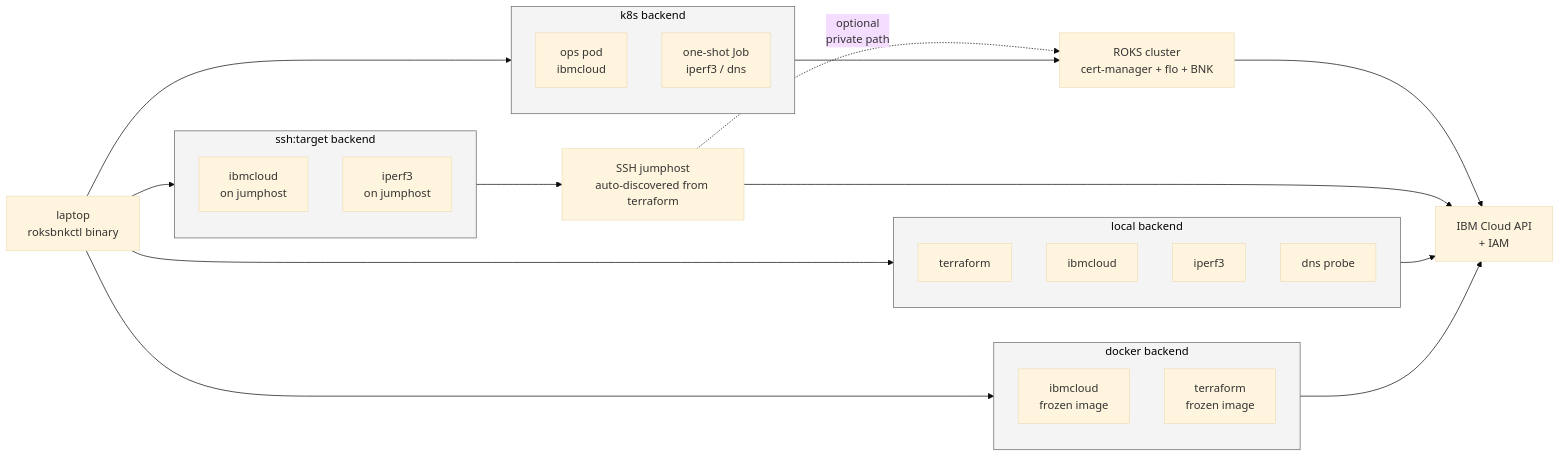
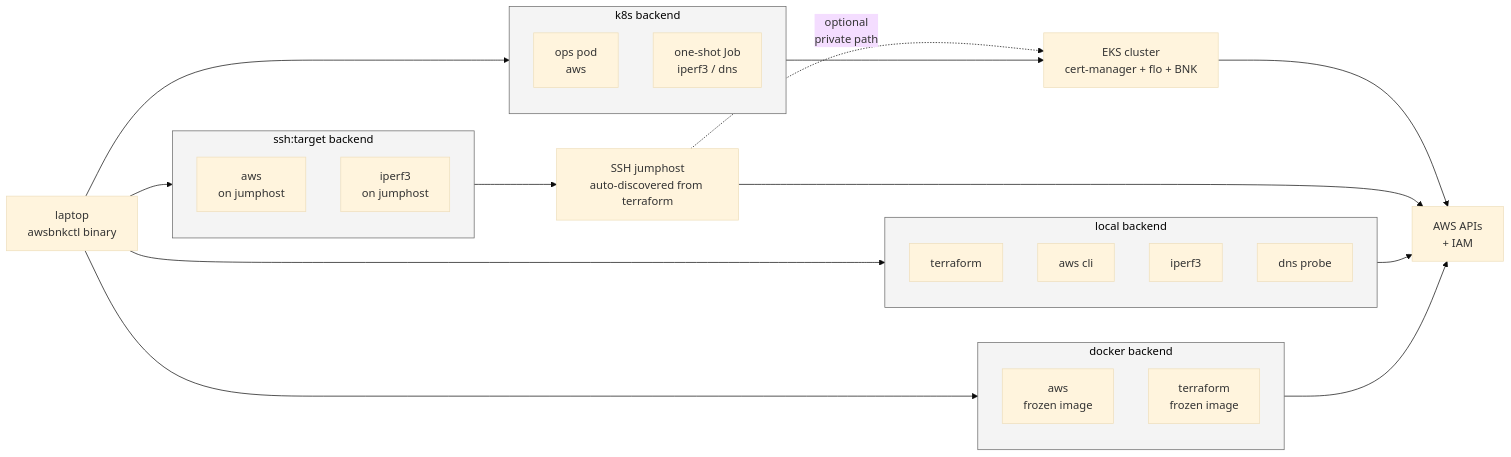
One commit to JLCode-tech/awsbnkctl changed the diagram in book/src/17-execution-backends.md. Above: the diagram before and after it, drawn with Mermaid (base theme). The commit also changed other lines of this file and 84 other files, not shown here.

````diff
--- a/book/src/17-execution-backends.md
+++ b/book/src/17-execution-backends.md
@@ -13,40 +13,40 @@
 ```mermaid
 graph LR
-    User[laptop<br/>roksbnkctl binary]
+    User[laptop<br/>awsbnkctl binary]
     subgraph local[local backend]
         L_tf[terraform]
-        L_ibm[ibmcloud]
+        L_aws[aws cli]
         L_iperf[iperf3]
         L_dns[dns probe]
     end
     subgraph docker[docker backend]
-        D_ibm[ibmcloud<br/>frozen image]
+        D_aws[aws<br/>frozen image]
         D_tf[terraform<br/>frozen image]
     end
     subgraph k8s[k8s backend]
-        K_ops[ops pod<br/>ibmcloud]
+        K_ops[ops pod<br/>aws]
         K_job[one-shot Job<br/>iperf3 / dns]
     end
     subgraph ssh[ssh:target backend]
-        S_ibm[ibmcloud<br/>on jumphost]
+        S_aws[aws<br/>on jumphost]
         S_iperf[iperf3<br/>on jumphost]
     end
-    Cluster[ROKS cluster<br/>cert-manager + flo + BNK]
+    Cluster[EKS cluster<br/>cert-manager + flo + BNK]
     Jump[SSH jumphost<br/>auto-discovered from terraform]
-    IBMAPI[IBM Cloud API<br/>+ IAM]
+    AWSAPI[AWS APIs<br/>+ IAM]
 
     User --> local
     User --> docker
     User --> k8s
     User --> ssh
-    local --> IBMAPI
-    docker --> IBMAPI
+    local --> AWSAPI
+    docker --> AWSAPI
     k8s --> Cluster
-    Cluster --> IBMAPI
+    Cluster --> AWSAPI
     ssh --> Jump
-    Jump --> IBMAPI
+    Jump --> AWSAPI
     Jump -.->|optional<br/>private path| Cluster
 
     classDef bk fill:#f4f4f4,stroke:#666,color:#000;
     class local,docker,k8s,ssh bk;
 ```
````
